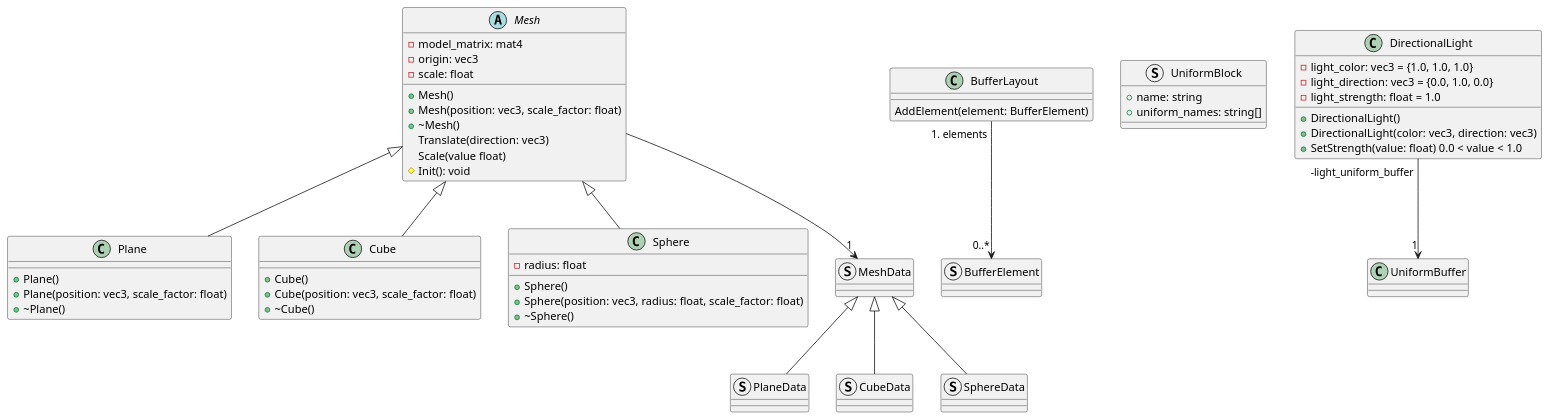
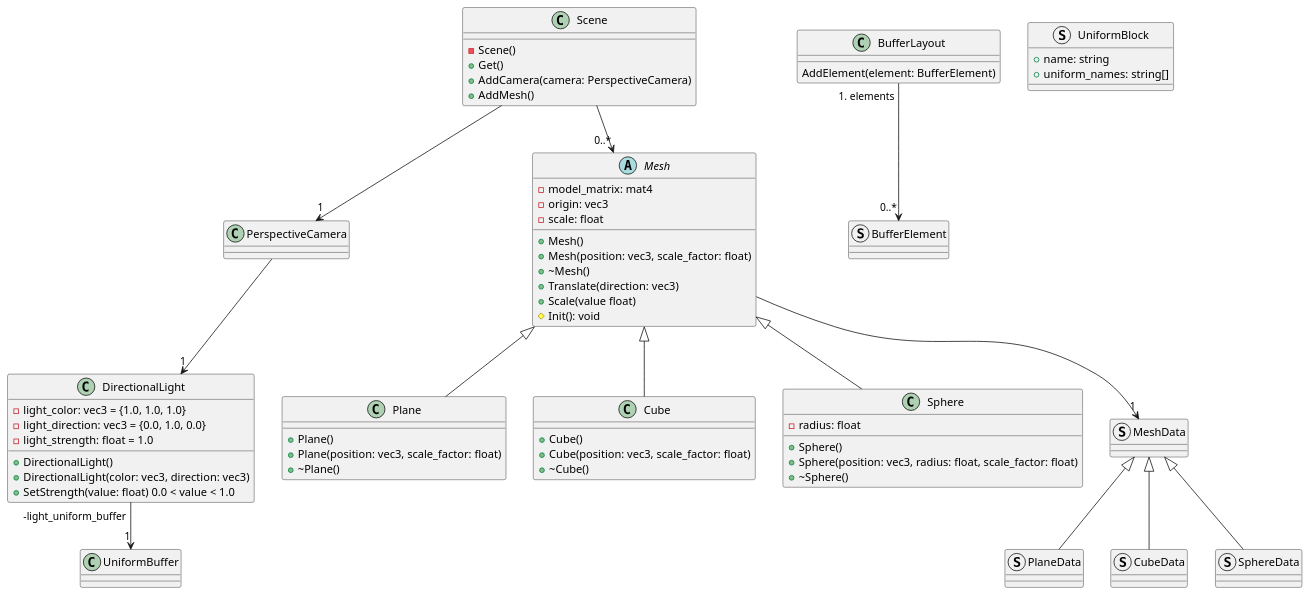
One commit to wolfel1/Raytracy changed the diagram in docs/renderer/classes.puml. Above: the diagram before and after it, drawn with PlantUML. The commit also changed 16 other files, not shown here.

```diff
--- a/docs/renderer/classes.puml
+++ b/docs/renderer/classes.puml
@@ -1,68 +1,80 @@
 @startuml renderer_classes
+class Scene
+Scene : -Scene()
+Scene : +Get()
+Scene : +AddCamera(camera: PerspectiveCamera)
+Scene : +AddMesh()
+
+Scene --> "1" PerspectiveCamera
+Scene --> "0..*" Mesh
+
+class PerspectiveCamera
+PerspectiveCamera --> "1" DirectionalLight
+
 abstract Mesh
 Mesh : -model_matrix: mat4
 Mesh : -origin: vec3
 Mesh : -scale: float
 Mesh : +Mesh()
 Mesh : +Mesh(position: vec3, scale_factor: float)
 Mesh : +\~Mesh()
-Mesh : Translate(direction: vec3)
-Mesh : Scale(value float)
+Mesh : +Translate(direction: vec3)
+Mesh : +Scale(value float)
 Mesh : #Init(): void
 
 class Plane
 Plane : +Plane()
 Plane : +Plane(position: vec3, scale_factor: float)
 Plane : +\~Plane()
 
 class Cube
 Cube : +Cube()
 Cube : +Cube(position: vec3, scale_factor: float)
 Cube : +\~Cube()
 
 class Sphere
 Sphere : -radius: float
 Sphere : +Sphere()
 Sphere : +Sphere(position: vec3, radius: float, scale_factor: float)
 Sphere : +\~Sphere()
 
 struct MeshData
 
 struct PlaneData
 
 struct CubeData
 
 struct SphereData
 
 struct BufferElement
 
 class BufferLayout
 BufferLayout : AddElement(element: BufferElement)
 
 struct UniformBlock
 UniformBlock : +name: string
 UniformBlock : +uniform_names: string[]
 
 BufferLayout "#elements" --> "0..*" BufferElement
 
 class UniformBuffer
 
 class DirectionalLight
 DirectionalLight : -light_color: vec3 = {1.0, 1.0, 1.0}
 DirectionalLight : -light_direction: vec3 = {0.0, 1.0, 0.0}
 DirectionalLight : -light_strength: float = 1.0
 DirectionalLight : +DirectionalLight()
 DirectionalLight : +DirectionalLight(color: vec3, direction: vec3)
 DirectionalLight : +SetStrength(value: float) 0.0 < value < 1.0
 
 DirectionalLight "-light_uniform_buffer" --> "1" UniformBuffer
 
 Mesh --> "1" MeshData
 MeshData <|-- PlaneData
 MeshData <|-- CubeData
 MeshData <|-- SphereData
 
 Mesh <|-- Plane
 Mesh <|-- Cube
 Mesh <|-- Sphere
 @enduml
```
